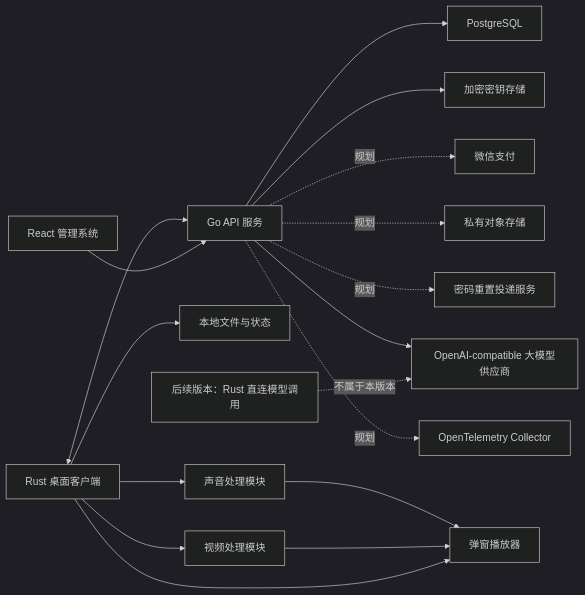
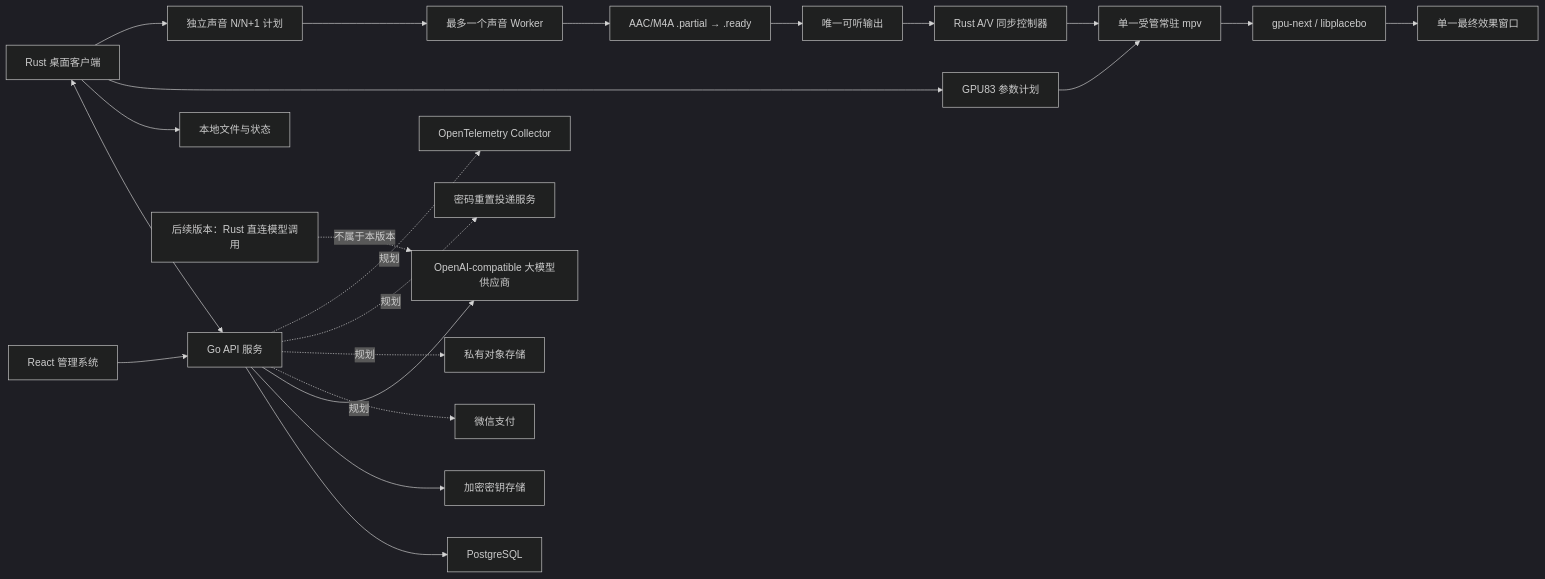
Before and after one commit to asd494235908/autolive: the diagram in 系统架构总览.md, drawn with Mermaid (dark theme). The commit also changed other lines of this file and 302 other files, not shown here.

````diff
--- a/系统架构总览.md
+++ b/系统架构总览.md
@@ -19,19 +29,24 @@
 ```mermaid
 flowchart LR
     Admin["React 管理系统"] --> API["Go API 服务"]
     API --> DB["PostgreSQL"]
     API --> Secret["加密密钥存储"]
     Desktop["Rust 桌面客户端"] <--> API
     Desktop --> Local["本地文件与状态"]
-    Desktop --> Player["弹窗播放器"]
-    Desktop --> VideoEffects["视频处理模块"]
-    Desktop --> AudioEffects["声音处理模块"]
-    VideoEffects --> Player
-    AudioEffects --> Player
+    Desktop --> VideoPlan["GPU83 参数计划"]
+    VideoPlan --> MPV["单一受管常驻 mpv"]
+    MPV --> Placebo["gpu-next / libplacebo"]
+    Placebo --> Player["单一最终效果窗口"]
+    Desktop --> AudioPlan["独立声音 N/N+1 计划"]
+    AudioPlan --> AudioWorker["最多一个声音 Worker"]
+    AudioWorker --> AudioReady["AAC/M4A .partial → .ready"]
+    AudioReady --> PortAudio["唯一可听输出"]
+    PortAudio --> Sync["Rust A/V 同步控制器"]
+    Sync --> MPV
     FutureRustModel["后续版本：Rust 直连模型调用"] -.不属于本版本.-> Provider["OpenAI-compatible 大模型供应商"]
     API --> Provider
     API -.规划.-> Pay["微信支付"]
     API -.规划.-> ObjectStore["私有对象存储"]
     API -.规划.-> Delivery["密码重置投递服务"]
     API -.规划.-> OTLP["OpenTelemetry Collector"]
 ```
````
